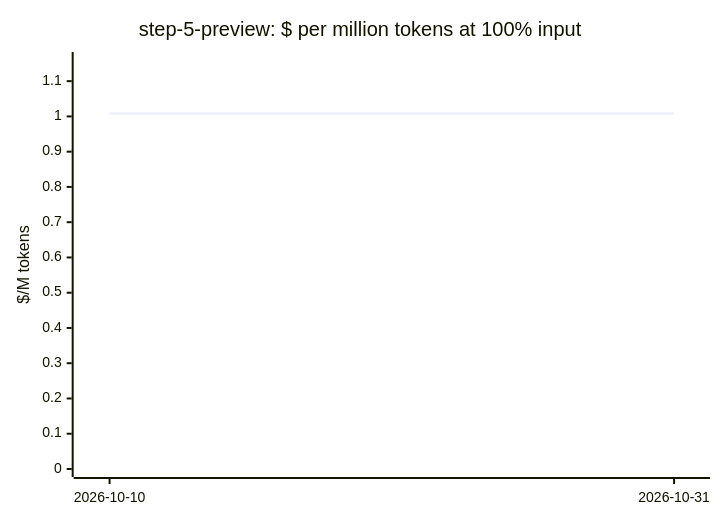
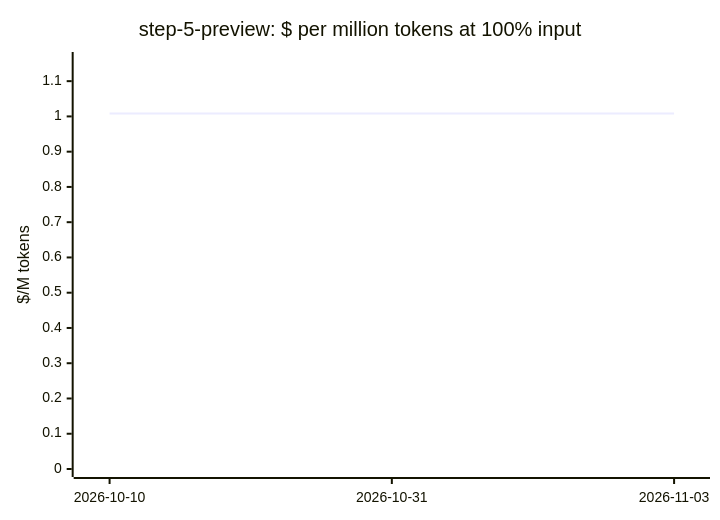
Before and after one commit to cklukas/OMEGA_TRANSFORM: diagram 15 of 20 in docs/openrouter-models.md, drawn with Mermaid. The commit also changed other lines of this file and 469 other files, not shown here.

````diff
--- a/docs/openrouter-models.md
+++ b/docs/openrouter-models.md
@@ -251,7 +266,7 @@
 ```mermaid
 xychart-beta
     title "step-5-preview: $ per million tokens at 100% input"
-    x-axis ["2026-10-10", "2026-10-31"]
+    x-axis ["2026-10-10", "2026-10-31", "2026-11-03"]
     y-axis "$/M tokens" 0 --> 1.16
-    line [1.008, 1.008]
+    line [1.008, 1.008, 1.008]
 ```
````
